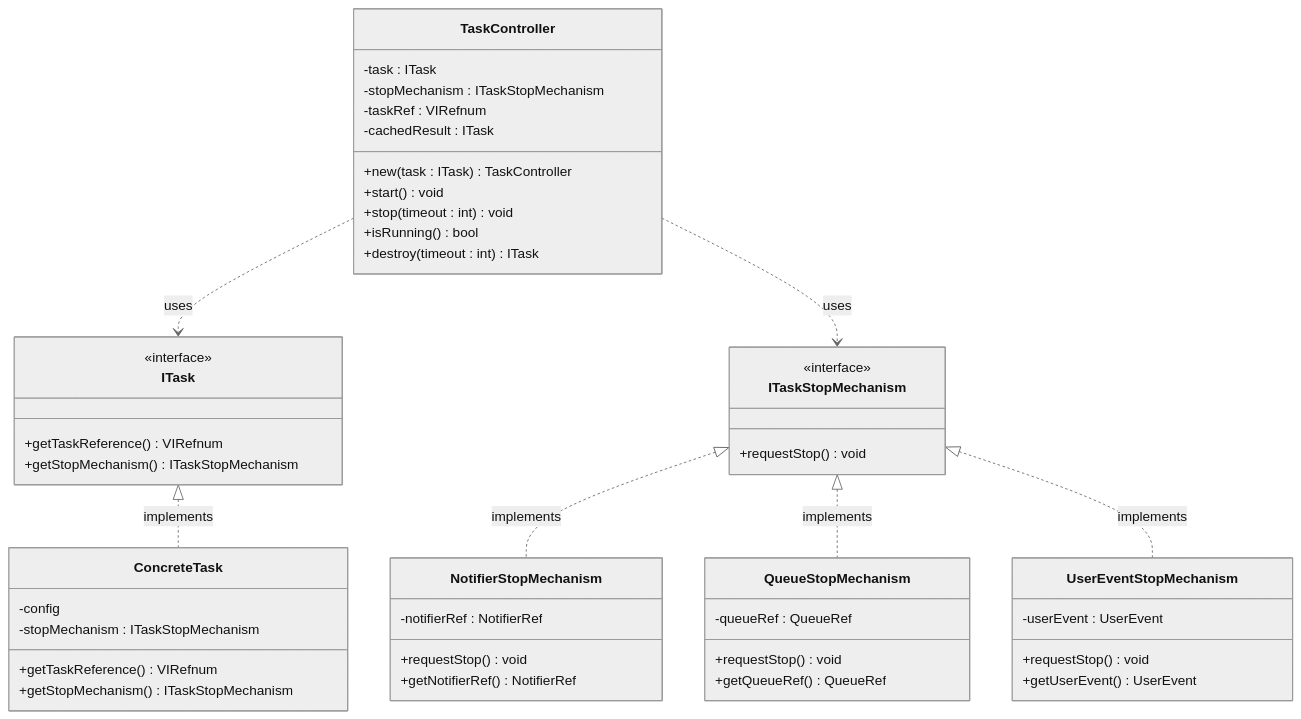
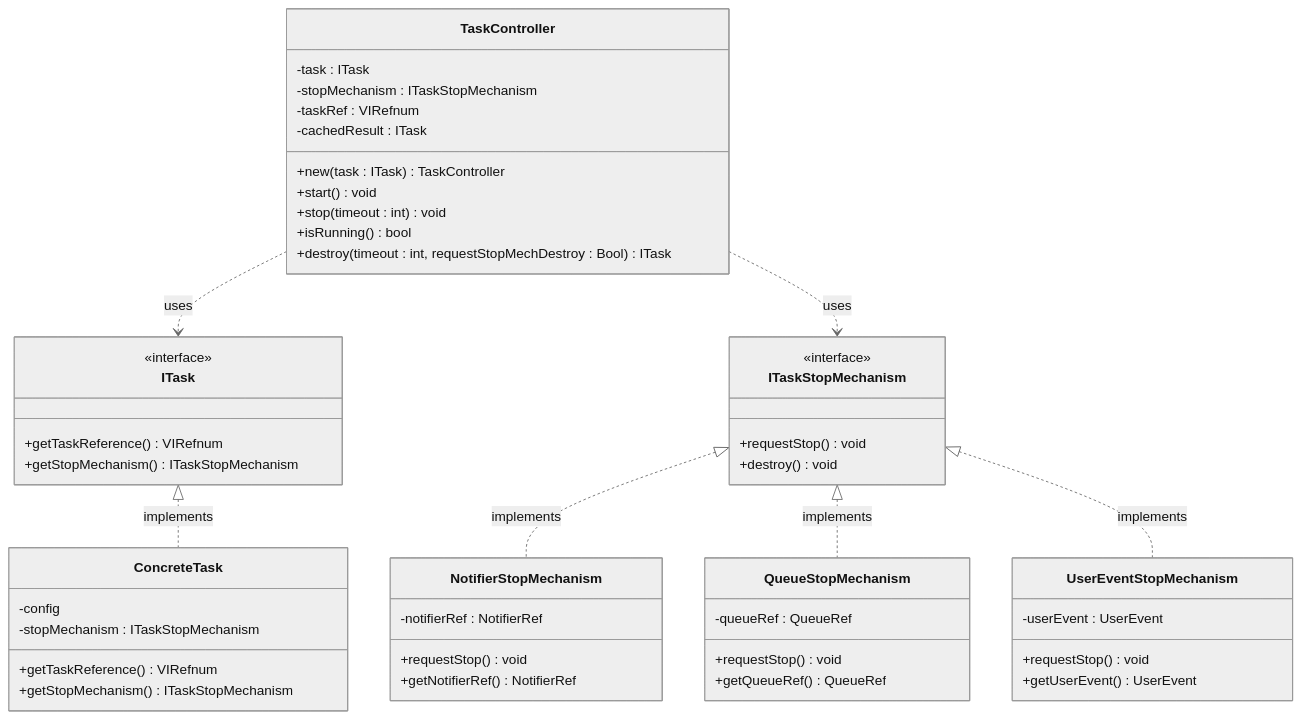
Before and after one commit to andcadev/TLC_Daemon: the diagram in README.md, drawn with Mermaid (neutral theme).

Commit message:
Update class diagram

````diff
--- a/README.md
+++ b/README.md
@@ -40,50 +40,51 @@
 ```mermaid
 classDiagram
     class ITask {
         <<interface>>
         +getTaskReference() VIRefnum
         +getStopMechanism() ITaskStopMechanism
     }
     class ITaskStopMechanism {
         <<interface>>
         +requestStop() void
+        +destroy() void
     }
     class TaskController {
         -task : ITask
         -stopMechanism : ITaskStopMechanism
         -taskRef : VIRefnum
         -cachedResult : ITask
         +new(task : ITask) TaskController
         +start() void
         +stop(timeout : int) void
         +isRunning() bool
-        +destroy(timeout : int) ITask
+        +destroy(timeout : int, requestStopMechDestroy : Bool) ITask
     }
     class ConcreteTask {
         -config
         -stopMechanism : ITaskStopMechanism
         +getTaskReference() VIRefnum
         +getStopMechanism() ITaskStopMechanism
     }
     class NotifierStopMechanism {
         -notifierRef : NotifierRef
         +requestStop() void
         +getNotifierRef() NotifierRef
     }
     class QueueStopMechanism {
         -queueRef : QueueRef
         +requestStop() void
         +getQueueRef() QueueRef
     }
     class UserEventStopMechanism {
         -userEvent : UserEvent
         +requestStop() void
         +getUserEvent() UserEvent
     }
     ITask <|.. ConcreteTask : implements
     ITaskStopMechanism <|.. NotifierStopMechanism : implements
     ITaskStopMechanism <|.. QueueStopMechanism : implements
     ITaskStopMechanism <|.. UserEventStopMechanism : implements
     TaskController ..> ITask : uses
     TaskController ..> ITaskStopMechanism : uses
 ```
````
